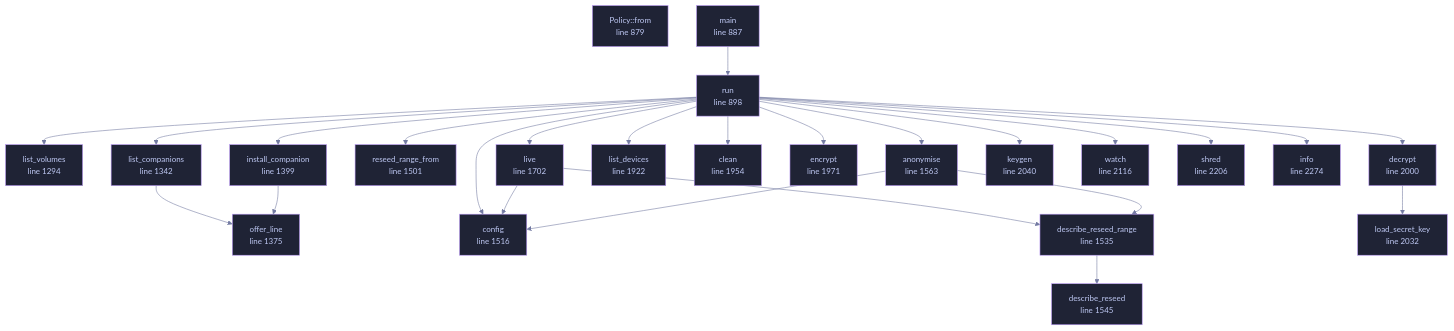
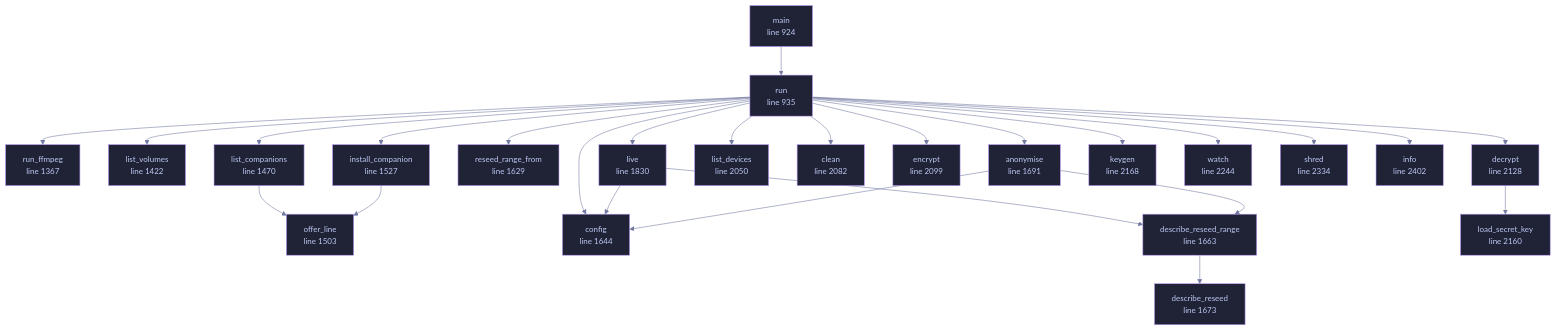
One commit to tilas01/veilvoice changed the diagram in docs/files/veilvoice-cli/main.md. Above: the diagram before and after it, drawn with Mermaid. The commit also changed other lines of this file and 31 other files, not shown here.

First line of the commit message:
cli: roadmap items 87, 88, 89 and 93, an interview from recording to video

````diff
--- a/docs/files/veilvoice-cli/main.md
+++ b/docs/files/veilvoice-cli/main.md
@@ -130,74 +133,75 @@
 ```mermaid
 %%{init: {"theme":"base","themeVariables":{"background":"#1a1b26","primaryColor":"#1f2335","primaryTextColor":"#c0caf5","primaryBorderColor":"#7aa2f7","secondaryColor":"#16161e","tertiaryColor":"#16161e","lineColor":"#737aa2","textColor":"#c0caf5","mainBkg":"#1f2335","nodeBorder":"#7aa2f7","clusterBkg":"#16161e","clusterBorder":"#2f3549","fontFamily":"ui-monospace, SFMono-Regular, Consolas, monospace","fontSize":"14px"}}}%%
 flowchart TD
-    n_from["Policy::from<br/>line 879"]
-    n_main["main<br/>line 887"]
-    n_run["run<br/>line 898"]
-    n_list_volumes["list_volumes<br/>line 1294"]
-    n_list_companions["list_companions<br/>line 1342"]
-    n_offer_line["offer_line<br/>line 1375"]
-    n_install_companion["install_companion<br/>line 1399"]
-    n_reseed_range_from["reseed_range_from<br/>line 1501"]
-    n_config["config<br/>line 1516"]
-    n_describe_reseed_range["describe_reseed_range<br/>line 1535"]
-    n_describe_reseed["describe_reseed<br/>line 1545"]
-    n_anonymise["anonymise<br/>line 1563"]
-    n_live["live<br/>line 1702"]
-    n_list_devices["list_devices<br/>line 1922"]
-    n_clean["clean<br/>line 1954"]
-    n_encrypt["encrypt<br/>line 1971"]
-    n_decrypt["decrypt<br/>line 2000"]
-    n_load_secret_key["load_secret_key<br/>line 2032"]
-    n_keygen["keygen<br/>line 2040"]
-    n_watch["watch<br/>line 2116"]
-    n_shred["shred<br/>line 2206"]
-    n_info["info<br/>line 2274"]
+    n_main["main<br/>line 924"]
+    n_run["run<br/>line 935"]
+    n_run_ffmpeg["run_ffmpeg<br/>line 1367"]
+    n_list_volumes["list_volumes<br/>line 1422"]
+    n_list_companions["list_companions<br/>line 1470"]
+    n_offer_line["offer_line<br/>line 1503"]
+    n_install_companion["install_companion<br/>line 1527"]
+    n_reseed_range_from["reseed_range_from<br/>line 1629"]
+    n_config["config<br/>line 1644"]
+    n_describe_reseed_range["describe_reseed_range<br/>line 1663"]
+    n_describe_reseed["describe_reseed<br/>line 1673"]
+    n_anonymise["anonymise<br/>line 1691"]
+    n_live["live<br/>line 1830"]
+    n_list_devices["list_devices<br/>line 2050"]
+    n_clean["clean<br/>line 2082"]
+    n_encrypt["encrypt<br/>line 2099"]
+    n_decrypt["decrypt<br/>line 2128"]
+    n_load_secret_key["load_secret_key<br/>line 2160"]
+    n_keygen["keygen<br/>line 2168"]
+    n_watch["watch<br/>line 2244"]
+    n_shred["shred<br/>line 2334"]
+    n_info["info<br/>line 2402"]
     n_anonymise --> n_config
     n_anonymise --> n_describe_reseed_range
     n_decrypt --> n_load_secret_key
     n_describe_reseed_range --> n_describe_reseed
     n_install_companion --> n_offer_line
     n_list_companions --> n_offer_line
     n_live --> n_config
     n_live --> n_describe_reseed_range
     n_main --> n_run
     n_run --> n_anonymise
     n_run --> n_clean
     n_run --> n_config
     n_run --> n_decrypt
     n_run --> n_encrypt
     n_run --> n_info
     n_run --> n_install_companion
     n_run --> n_keygen
     n_run --> n_list_companions
     n_run --> n_list_devices
     n_run --> n_list_volumes
     n_run --> n_live
     n_run --> n_reseed_range_from
+    n_run --> n_run_ffmpeg
     n_run --> n_shred
     n_run --> n_watch
-    click n_from href "https://github.com/tilas01/veilvoice/blob/main/crates/veilvoice-cli/src/main.rs#L879" "open the source"
-    click n_main href "https://github.com/tilas01/veilvoice/blob/main/crates/veilvoice-cli/src/main.rs#L887" "open the source"
-    click n_run href "https://github.com/tilas01/veilvoice/blob/main/crates/veilvoice-cli/src/main.rs#L898" "open the source"
-    click n_list_volumes href "https://github.com/tilas01/veilvoice/blob/main/crates/veilvoice-cli/src/main.rs#L1294" "open the source"
-    click n_list_companions href "https://github.com/tilas01/veilvoice/blob/main/crates/veilvoice-cli/src/main.rs#L1342" "open the source"
-    click n_offer_line href "https://github.com/tilas01/veilvoice/blob/main/crates/veilvoice-cli/src/main.rs#L1375" "open the source"
-    click n_install_companion href "https://github.com/tilas01/veilvoice/blob/main/crates/veilvoice-cli/src/main.rs#L1399" "open the source"
-    click n_reseed_range_from href "https://github.com/tilas01/veilvoice/blob/main/crates/veilvoice-cli/src/main.rs#L1501" "open the source"
-    click n_config href "https://github.com/tilas01/veilvoice/blob/main/crates/veilvoice-cli/src/main.rs#L1516" "open the source"
-    click n_describe_reseed_range href "https://github.com/tilas01/veilvoice/blob/main/crates/veilvoice-cli/src/main.rs#L1535" "open the source"
-    click n_describe_reseed href "https://github.com/tilas01/veilvoice/blob/main/crates/veilvoice-cli/src/main.rs#L1545" "open the source"
-    click n_anonymise href "https://github.com/tilas01/veilvoice/blob/main/crates/veilvoice-cli/src/main.rs#L1563" "open the source"
-    click n_live href "https://github.com/tilas01/veilvoice/blob/main/crates/veilvoice-cli/src/main.rs#L1702" "open the source"
-    click n_list_devices href "https://github.com/tilas01/veilvoice/blob/main/crates/veilvoice-cli/src/main.rs#L1922" "open the source"
-    click n_clean href "https://github.com/tilas01/veilvoice/blob/main/crates/veilvoice-cli/src/main.rs#L1954" "open the source"
-    click n_encrypt href "https://github.com/tilas01/veilvoice/blob/main/crates/veilvoice-cli/src/main.rs#L1971" "open the source"
-    click n_decrypt href "https://github.com/tilas01/veilvoice/blob/main/crates/veilvoice-cli/src/main.rs#L2000" "open the source"
-    click n_load_secret_key href "https://github.com/tilas01/veilvoice/blob/main/crates/veilvoice-cli/src/main.rs#L2032" "open the source"
-    click n_keygen href "https://github.com/tilas01/veilvoice/blob/main/crates/veilvoice-cli/src/main.rs#L2040" "open the source"
-    click n_watch href "https://github.com/tilas01/veilvoice/blob/main/crates/veilvoice-cli/src/main.rs#L2116" "open the source"
-    click n_shred href "https://github.com/tilas01/veilvoice/blob/main/crates/veilvoice-cli/src/main.rs#L2206" "open the source"
-    click n_info href "https://github.com/tilas01/veilvoice/blob/main/crates/veilvoice-cli/src/main.rs#L2274" "open the source"
+    click n_main href "https://github.com/tilas01/veilvoice/blob/main/crates/veilvoice-cli/src/main.rs#L924" "open the source"
+    click n_run href "https://github.com/tilas01/veilvoice/blob/main/crates/veilvoice-cli/src/main.rs#L935" "open the source"
+    click n_run_ffmpeg href "https://github.com/tilas01/veilvoice/blob/main/crates/veilvoice-cli/src/main.rs#L1367" "open the source"
+    click n_list_volumes href "https://github.com/tilas01/veilvoice/blob/main/crates/veilvoice-cli/src/main.rs#L1422" "open the source"
+    click n_list_companions href "https://github.com/tilas01/veilvoice/blob/main/crates/veilvoice-cli/src/main.rs#L1470" "open the source"
+    click n_offer_line href "https://github.com/tilas01/veilvoice/blob/main/crates/veilvoice-cli/src/main.rs#L1503" "open the source"
+    click n_install_companion href "https://github.com/tilas01/veilvoice/blob/main/crates/veilvoice-cli/src/main.rs#L1527" "open the source"
+    click n_reseed_range_from href "https://github.com/tilas01/veilvoice/blob/main/crates/veilvoice-cli/src/main.rs#L1629" "open the source"
+    click n_config href "https://github.com/tilas01/veilvoice/blob/main/crates/veilvoice-cli/src/main.rs#L1644" "open the source"
+    click n_describe_reseed_range href "https://github.com/tilas01/veilvoice/blob/main/crates/veilvoice-cli/src/main.rs#L1663" "open the source"
+    click n_describe_reseed href "https://github.com/tilas01/veilvoice/blob/main/crates/veilvoice-cli/src/main.rs#L1673" "open the source"
+    click n_anonymise href "https://github.com/tilas01/veilvoice/blob/main/crates/veilvoice-cli/src/main.rs#L1691" "open the source"
+    click n_live href "https://github.com/tilas01/veilvoice/blob/main/crates/veilvoice-cli/src/main.rs#L1830" "open the source"
+    click n_list_devices href "https://github.com/tilas01/veilvoice/blob/main/crates/veilvoice-cli/src/main.rs#L2050" "open the source"
+    click n_clean href "https://github.com/tilas01/veilvoice/blob/main/crates/veilvoice-cli/src/main.rs#L2082" "open the source"
+    click n_encrypt href "https://github.com/tilas01/veilvoice/blob/main/crates/veilvoice-cli/src/main.rs#L2099" "open the source"
+    click n_decrypt href "https://github.com/tilas01/veilvoice/blob/main/crates/veilvoice-cli/src/main.rs#L2128" "open the source"
+    click n_load_secret_key href "https://github.com/tilas01/veilvoice/blob/main/crates/veilvoice-cli/src/main.rs#L2160" "open the source"
+    click n_keygen href "https://github.com/tilas01/veilvoice/blob/main/crates/veilvoice-cli/src/main.rs#L2168" "open the source"
+    click n_watch href "https://github.com/tilas01/veilvoice/blob/main/crates/veilvoice-cli/src/main.rs#L2244" "open the source"
+    click n_shred href "https://github.com/tilas01/veilvoice/blob/main/crates/veilvoice-cli/src/main.rs#L2334" "open the source"
+    click n_info href "https://github.com/tilas01/veilvoice/blob/main/crates/veilvoice-cli/src/main.rs#L2402" "open the source"
     classDef helper fill:#1f2335,stroke:#bb9af7,color:#c0caf5
-    class n_from,n_main,n_run,n_list_volumes,n_list_companions,n_offer_line,n_install_companion,n_reseed_range_from,n_config,n_describe_reseed_range,n_describe_reseed,n_anonymise,n_live,n_list_devices,n_clean,n_encrypt,n_decrypt,n_load_secret_key,n_keygen,n_watch,n_shred,n_info helper
+    class n_main,n_run,n_run_ffmpeg,n_list_volumes,n_list_companions,n_offer_line,n_install_companion,n_reseed_range_from,n_config,n_describe_reseed_range,n_describe_reseed,n_anonymise,n_live,n_list_devices,n_clean,n_encrypt,n_decrypt,n_load_secret_key,n_keygen,n_watch,n_shred,n_info helper
 ```
````
